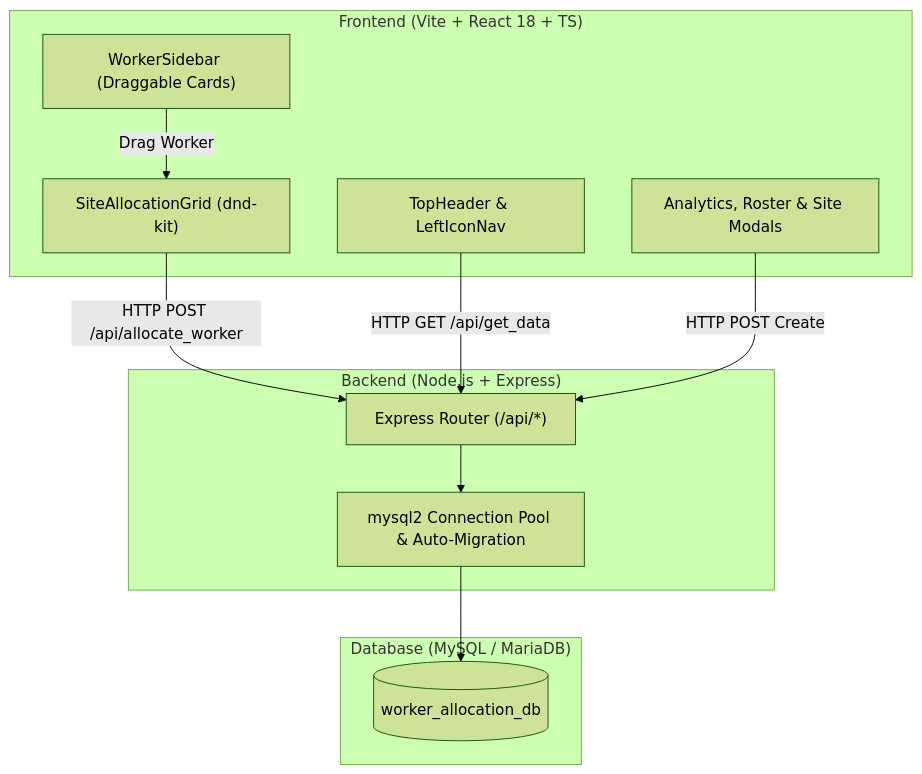
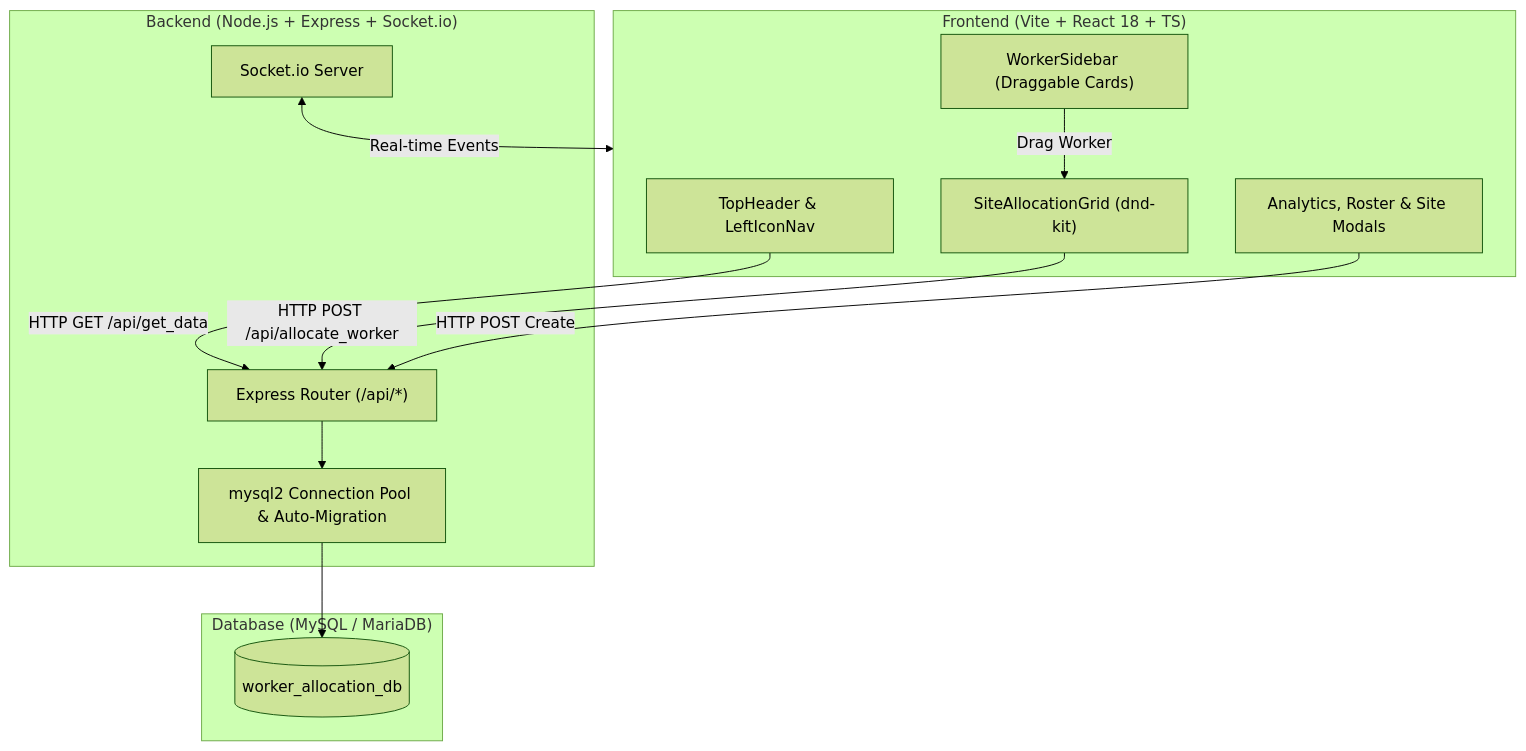
The first of 2 diagrams in docs/PROJECT DOCUMENTATION.md (Dane-22/drag-drop), drawn with Mermaid (forest theme) before and after one commit. The commit also changed other lines of this file, not shown here.

````diff
--- a/docs/PROJECT DOCUMENTATION.md
+++ b/docs/PROJECT DOCUMENTATION.md
@@ -16,25 +16,27 @@
 ```mermaid
 flowchart TD
     subgraph Frontend ["Frontend (Vite + React 18 + TS)"]
         UI["TopHeader & LeftIconNav"]
         Grid["SiteAllocationGrid (dnd-kit)"]
         Sidebar["WorkerSidebar (Draggable Cards)"]
         Modals["Analytics, Roster & Site Modals"]
     end
 
-    subgraph Backend ["Backend (Node.js + Express)"]
+    subgraph Backend ["Backend (Node.js + Express + Socket.io)"]
         API["Express Router (/api/*)"]
+        WS["Socket.io Server"]
         DB_Layer["mysql2 Connection Pool & Auto-Migration"]
     end
 
     subgraph Storage ["Database (MySQL / MariaDB)"]
         DB[("worker_allocation_db")]
     end
 
     Sidebar -->|Drag Worker| Grid
     Grid -->|HTTP POST /api/allocate_worker| API
     UI -->|HTTP GET /api/get_data| API
     Modals -->|HTTP POST Create| API
     API --> DB_Layer
+    WS <-->|Real-time Events| Frontend
     DB_Layer --> DB
 ```
````
